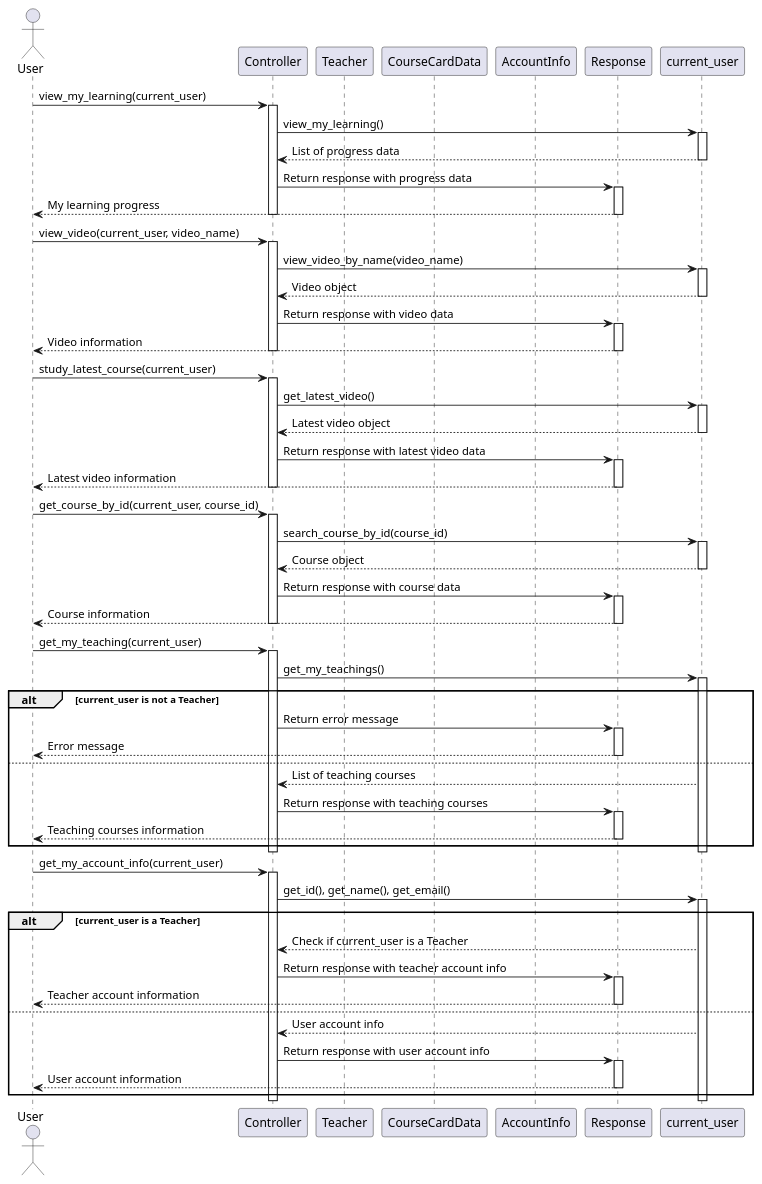
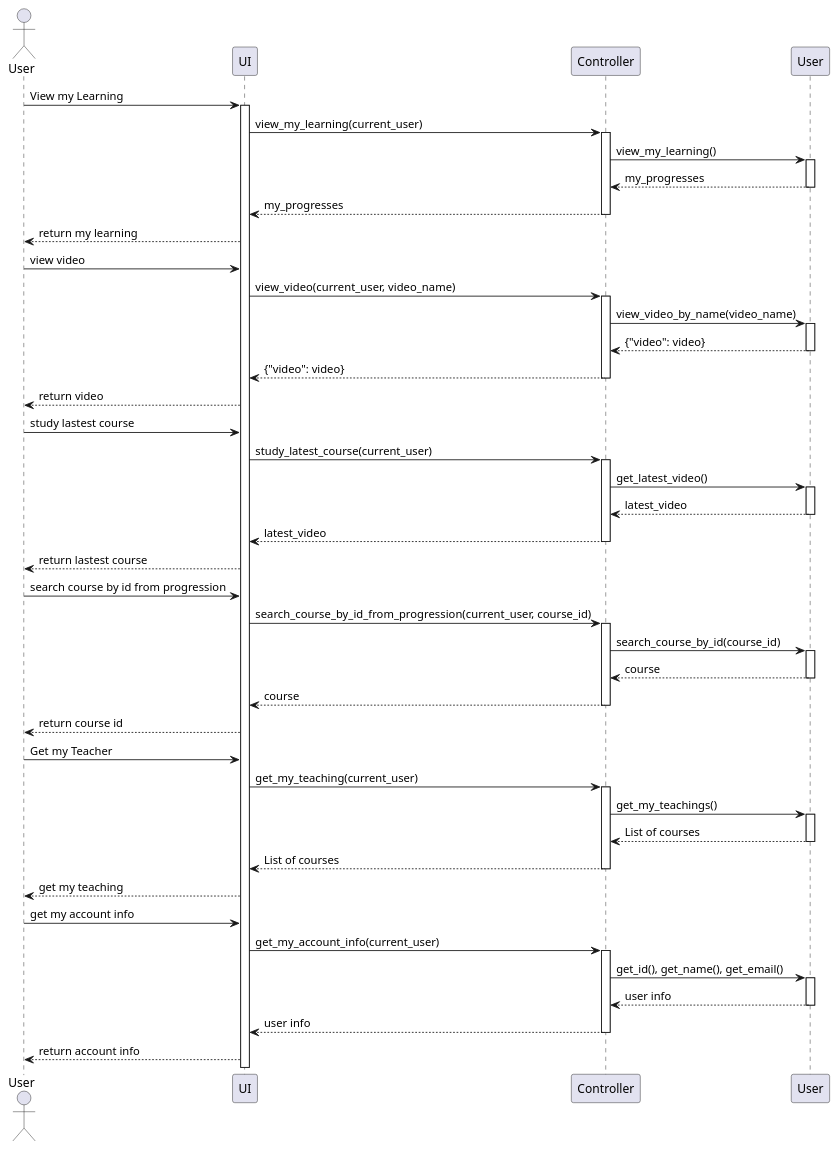
The diagram in diagrams/plantuml/user.puml (KMITLSuicide/KMITL-ObjectOrientedProgramming-Project), drawn with PlantUML before and after one commit. The commit also changed 9 other files, not shown here.

```diff
--- a/diagrams/plantuml/user.puml
+++ b/diagrams/plantuml/user.puml
@@ -1,97 +1,83 @@
-@startuml FastAPI - User and Teacher Operations Sequence Diagram
+@startuml User
+actor "User" as UserActor
 
-actor User
+participant "UI" as Server
 participant Controller
-participant Teacher
-participant CourseCardData
-participant AccountInfo
-participant Response
+participant "User" as UserClass
 
-User -> Controller: view_my_learning(current_user)
+
+UserActor -> Server: View my Learning
+activate Server
+
+Server -> Controller: view_my_learning(current_user)
 activate Controller
-Controller -> current_user: view_my_learning()
-activate current_user
-current_user --> Controller: List of progress data
-deactivate current_user
-Controller -> Response: Return response with progress data
-activate Response
-Response --> User: My learning progress
-deactivate Response
+Controller -> UserClass: view_my_learning()
+activate UserClass
+UserClass --> Controller: my_progresses
+deactivate UserClass
+Controller --> Server: my_progresses
 deactivate Controller
 
-User -> Controller: view_video(current_user, video_name)
+Server --> UserActor: return my learning
+
+UserActor -> Server: view video
+Server -> Controller: view_video(current_user, video_name)
 activate Controller
-Controller -> current_user: view_video_by_name(video_name)
-activate current_user
-current_user --> Controller: Video object
-deactivate current_user
-Controller -> Response: Return response with video data
-activate Response
-Response --> User: Video information
-deactivate Response
+Controller -> UserClass: view_video_by_name(video_name)
+activate UserClass
+UserClass --> Controller: {"video": video}
+deactivate UserClass
+Controller --> Server: {"video": video}
 deactivate Controller
 
-User -> Controller: study_latest_course(current_user)
+Server --> UserActor: return video
+
+UserActor -> Server: study lastest course
+Server -> Controller: study_latest_course(current_user)
 activate Controller
-Controller -> current_user: get_latest_video()
-activate current_user
-current_user --> Controller: Latest video object
-deactivate current_user
-Controller -> Response: Return response with latest video data
-activate Response
-Response --> User: Latest video information
-deactivate Response
+Controller -> UserClass: get_latest_video()
+activate UserClass
+UserClass --> Controller: latest_video
+deactivate UserClass
+Controller --> Server: latest_video
 deactivate Controller
 
-User -> Controller: get_course_by_id(current_user, course_id)
+Server --> UserActor: return lastest course
+
+UserActor -> Server: search course by id from progression
+Server -> Controller: search_course_by_id_from_progression(current_user, course_id)
 activate Controller
-Controller -> current_user: search_course_by_id(course_id)
-activate current_user
-current_user --> Controller: Course object
-deactivate current_user
-Controller -> Response: Return response with course data
-activate Response
-Response --> User: Course information
-deactivate Response
+Controller -> UserClass: search_course_by_id(course_id)
+activate UserClass
+UserClass --> Controller: course
+deactivate UserClass
+Controller --> Server: course
 deactivate Controller
 
-User -> Controller: get_my_teaching(current_user)
+Server --> UserActor: return course id
+
+UserActor -> Server: Get my Teacher
+Server -> Controller: get_my_teaching(current_user)
 activate Controller
-Controller -> current_user: get_my_teachings()
-activate current_user
-alt current_user is not a Teacher
-    Controller -> Response: Return error message
-    activate Response
-    Response --> User: Error message
-    deactivate Response
-else
-    current_user --> Controller: List of teaching courses
-    Controller -> Response: Return response with teaching courses
-    activate Response
-    Response --> User: Teaching courses information
-    deactivate Response
-end
-deactivate current_user
+Controller -> UserClass: get_my_teachings()
+activate UserClass
+UserClass --> Controller: List of courses
+deactivate UserClass
+Controller --> Server: List of courses
 deactivate Controller
 
-User -> Controller: get_my_account_info(current_user)
+Server --> UserActor: get my teaching
+
+UserActor -> Server: get my account info
+Server -> Controller: get_my_account_info(current_user)
 activate Controller
-Controller -> current_user: get_id(), get_name(), get_email()
-activate current_user
-alt current_user is a Teacher
-    current_user --> Controller: Check if current_user is a Teacher
-    Controller -> Response: Return response with teacher account info
-    activate Response
-    Response --> User: Teacher account information
-    deactivate Response
-else
-    current_user --> Controller: User account info
-    Controller -> Response: Return response with user account info
-    activate Response
-    Response --> User: User account information
-    deactivate Response
-end
-deactivate current_user
+Controller -> UserClass: get_id(), get_name(), get_email()
+activate UserClass
+UserClass --> Controller: user info
+deactivate UserClass
+Controller --> Server: user info
 deactivate Controller
 
+Server --> UserActor: return account info
+
 @enduml
```
